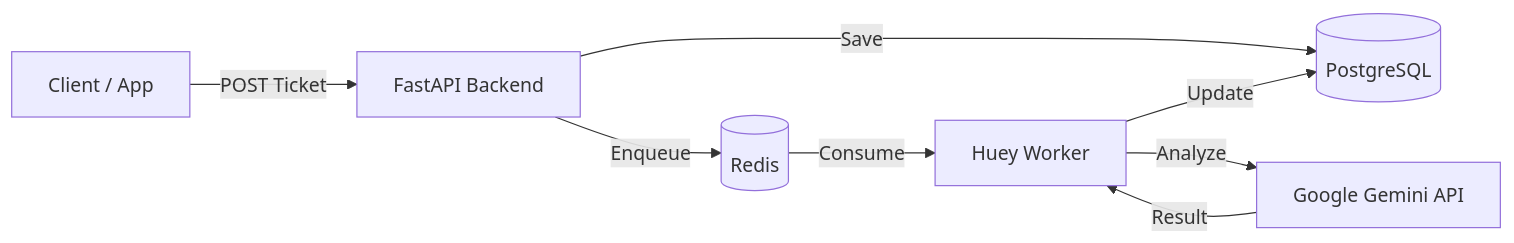
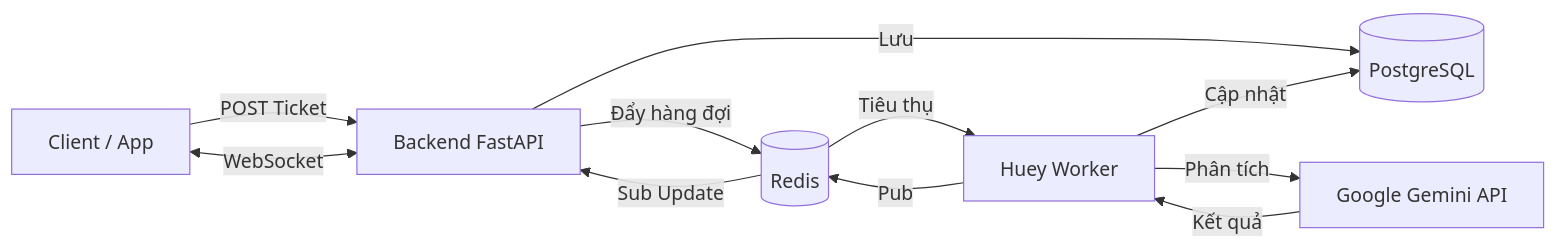
One commit to MangBao/triage-recovery-hub-be changed the diagram in README.vi.md. Above: the diagram before and after it, drawn with Mermaid. The commit also changed other lines of this file and 6 other files, not shown here.

Commit message:
feat: Implement real-time ticket updates via WebSockets, Redis Pub/Sub, and AI triage background tasks, along with updated documentation.

````diff
--- a/README.vi.md
+++ b/README.vi.md
@@ -45,10 +46,13 @@
 ```mermaid
 graph LR
-    User[Client / App] -->|POST Ticket| API[FastAPI Backend]
-    API -->|Save| DB[(PostgreSQL)]
-    API -->|Enqueue| Queue[(Redis)]
-    Queue -->|Consume| Worker[Huey Worker]
-    Worker -->|Analyze| AI[Google Gemini API]
-    AI -->|Result| Worker
-    Worker -->|Update| DB
+    User[Client / App] -->|POST Ticket| API[Backend FastAPI]
+    User <-->|WebSocket| API
+    API -->|Lưu| DB[(PostgreSQL)]
+    API -->|Đẩy hàng đợi| Queue[(Redis)]
+    Queue -->|Tiêu thụ| Worker[Huey Worker]
+    Worker -->|Phân tích| AI[Google Gemini API]
+    AI -->|Kết quả| Worker
+    Worker -->|Cập nhật| DB
+    Worker -->|Pub| Queue
+    Queue -->|Sub Update| API
 ```
````
